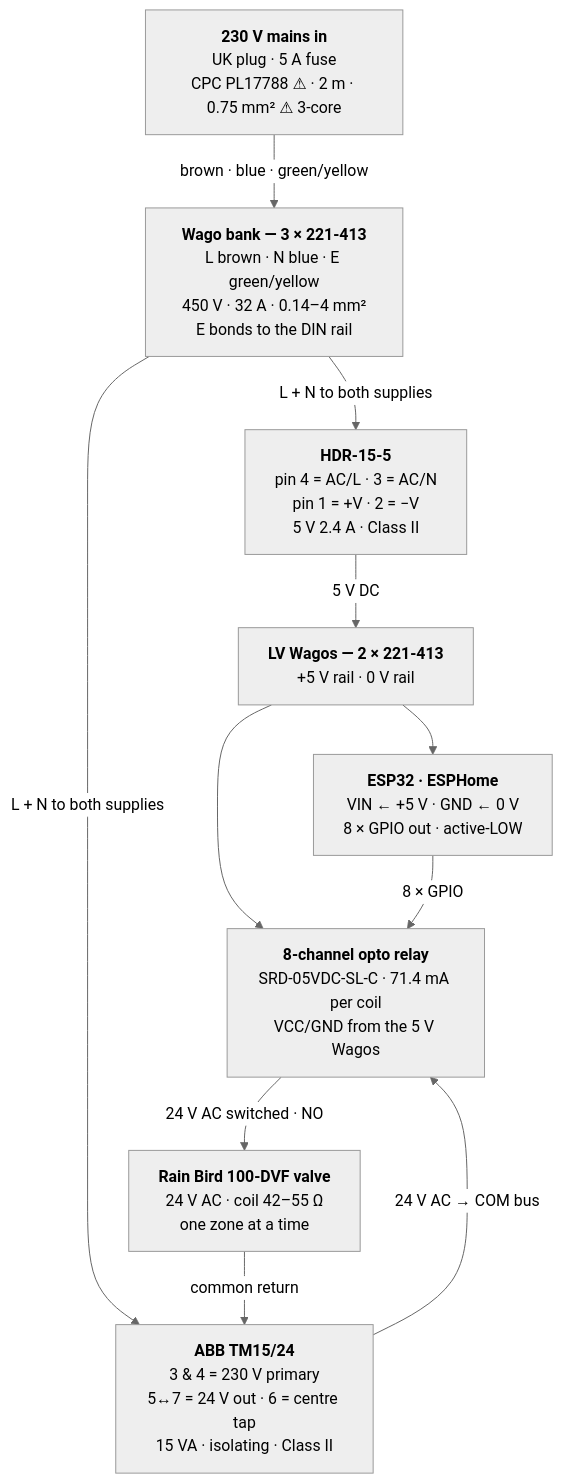
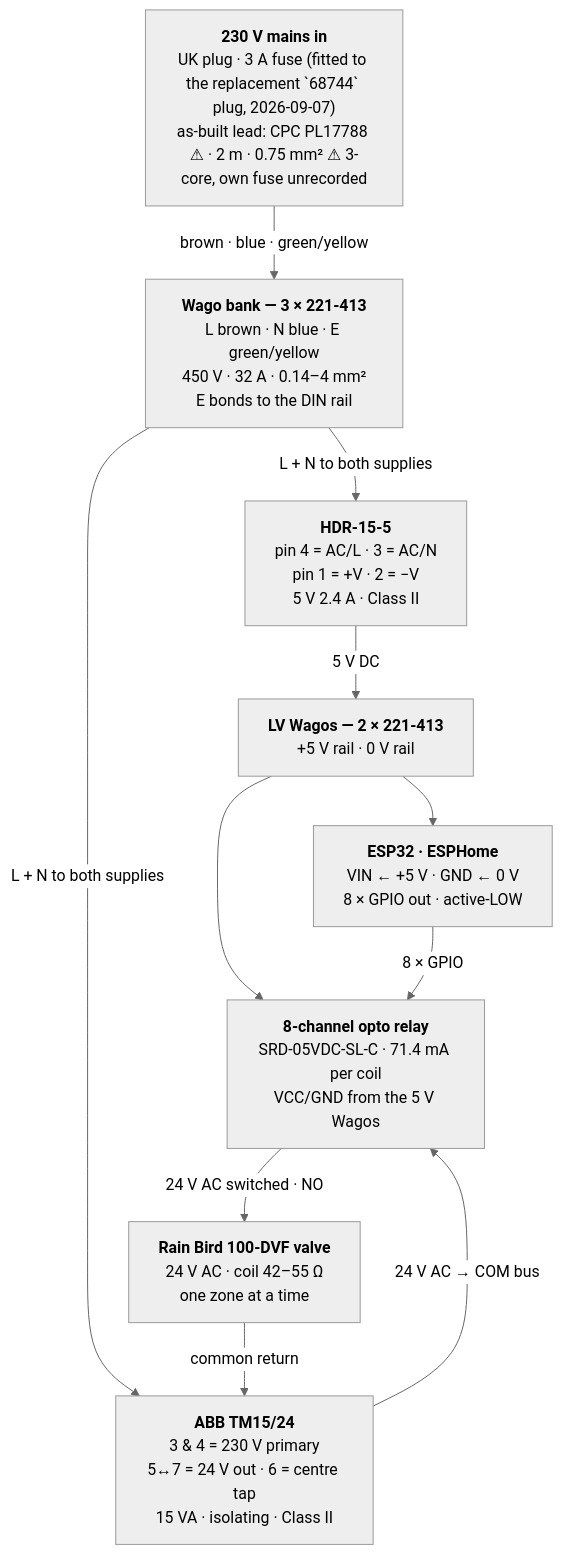
One commit to dfoulkes/Petrichor changed the diagram in docs/wiring-and-cable-grades.md. Above: the diagram before and after it, drawn with Mermaid (neutral theme). The commit also changed other lines of this file and 7 other files, not shown here.

````diff
--- a/docs/wiring-and-cable-grades.md
+++ b/docs/wiring-and-cable-grades.md
@@ -328,22 +336,22 @@
 ```mermaid
 flowchart TD
-    MAINS["<b>230 V mains in</b><br/>UK plug · 5 A fuse<br/>CPC PL17788 ⚠ · 2 m · 0.75 mm² ⚠ 3-core"]
+    MAINS["<b>230 V mains in</b><br/>UK plug · 3 A fuse (fitted to the replacement `68744` plug, 2026-09-07)<br/>as-built lead: CPC PL17788 ⚠ · 2 m · 0.75 mm² ⚠ 3-core, own fuse unrecorded"]
     WAGO["<b>Wago bank — 3 × 221-413</b><br/>L brown · N blue · E green/yellow<br/>450 V · 32 A · 0.14–4 mm²<br/>E bonds to the DIN rail"]
     HDR["<b>HDR-15-5</b><br/>pin 4 = AC/L · 3 = AC/N<br/>pin 1 = +V · 2 = −V<br/>5 V 2.4 A · Class II"]
     TM["<b>ABB TM15/24</b><br/>3 &amp; 4 = 230 V primary<br/>5↔7 = 24 V out · 6 = centre tap<br/>15 VA · isolating · Class II"]
     LV["<b>LV Wagos — 2 × 221-413</b><br/>+5 V rail · 0 V rail"]
     ESP["<b>ESP32 · ESPHome</b><br/>VIN ← +5 V · GND ← 0 V<br/>8 × GPIO out · active-LOW"]
     RLY["<b>8-channel opto relay</b><br/>SRD-05VDC-SL-C · 71.4 mA per coil<br/>VCC/GND from the 5 V Wagos"]
     VLV["<b>Rain Bird 100-DVF valve</b><br/>24 V AC · coil 42–55 Ω<br/>one zone at a time"]
 
     MAINS -->|"brown · blue · green/yellow"| WAGO
     WAGO -->|"L + N to both supplies"| HDR
     WAGO -->|"L + N to both supplies"| TM
     HDR -->|"5 V DC"| LV
     LV --> ESP
     LV --> RLY
     ESP -->|"8 × GPIO"| RLY
     TM -->|"24 V AC → COM bus"| RLY
     RLY -->|"24 V AC switched · NO"| VLV
     VLV -->|"common return"| TM
 ```
````
